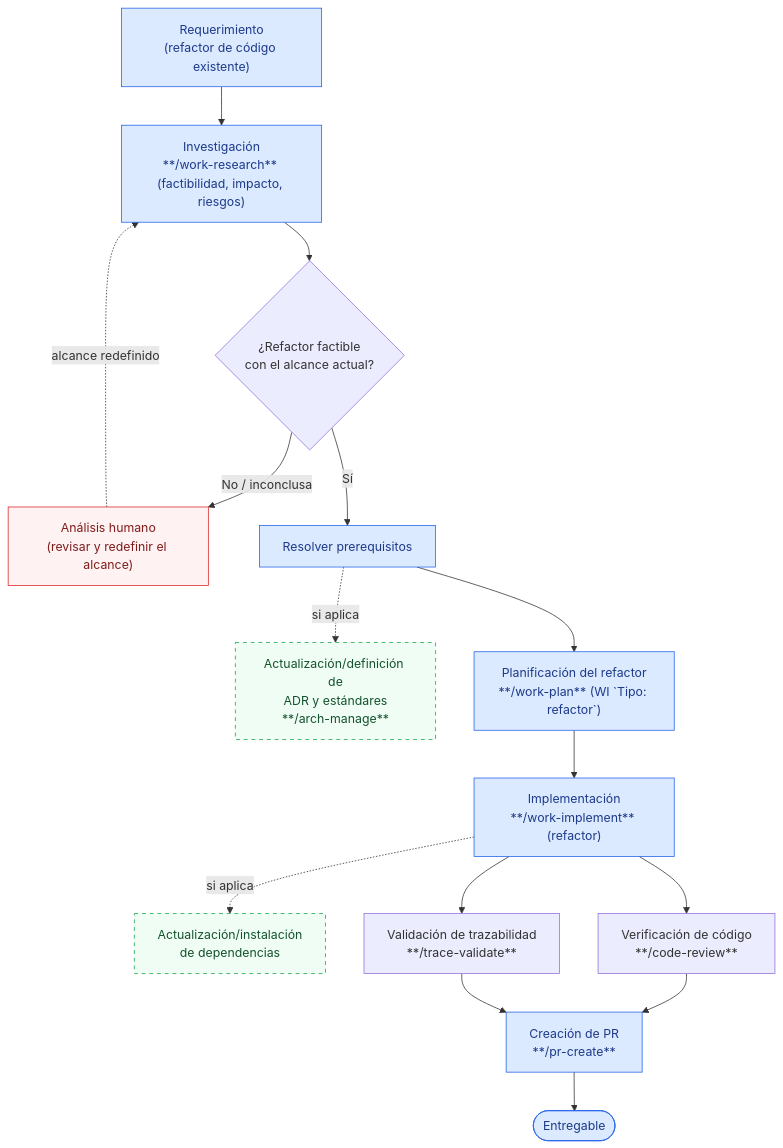
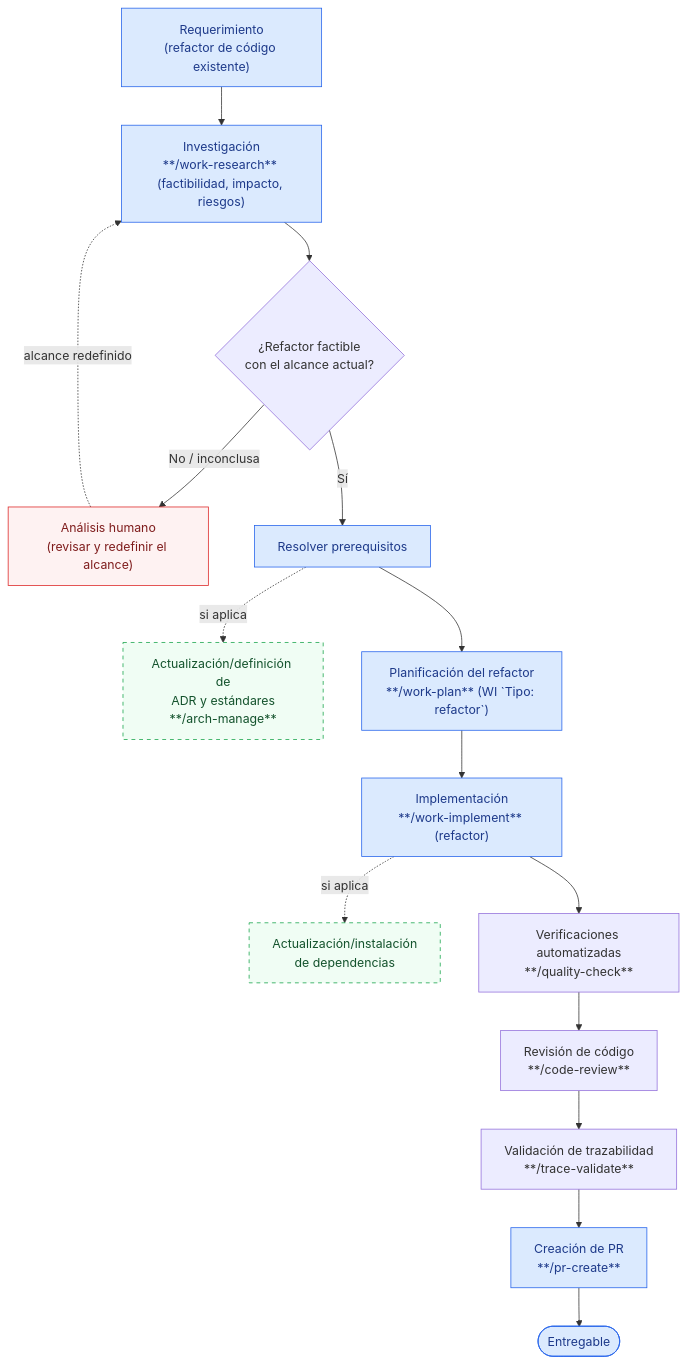
The diagram in docs/use-cases/refactor.md (juanca202/ai), drawn with Mermaid before and after one commit. The commit also changed other lines of this file and 29 other files, not shown here.

First line of the commit message:
feat: extract quality-check as standalone skill from code-review

````diff
--- a/docs/use-cases/refactor.md
+++ b/docs/use-cases/refactor.md
@@ -5,24 +5,24 @@
 ```mermaid
 flowchart TD
     A["Requerimiento<br/>(refactor de código existente)"] --> B["Investigación<br/>**/work-research** (factibilidad, impacto, riesgos)"]
     B --> C{"¿Refactor factible<br/>con el alcance actual?"}
     C -->|"No / inconclusa"| H["Análisis humano<br/>(revisar y redefinir el alcance)"]
     H -.->|"alcance redefinido"| B
     C -->|"Sí"| P["Resolver prerequisitos"]
     P -.->|"si aplica"| ADR["Actualización/definición de<br/>ADR y estándares<br/>**/arch-manage**"]
     P --> F["Planificación del refactor<br/>**/work-plan** (WI `Tipo: refactor`)"]
     F --> G["Implementación<br/>**/work-implement** (refactor)"]
     G -.->|"si aplica"| DEP["Actualización/instalación<br/>de dependencias"]
-    G --> Q1["Verificación de código<br/>**/code-review**"]
-    G --> Q2["Validación de trazabilidad<br/>**/trace-validate**"]
-    Q1 --> I["Creación de PR<br/>**/pr-create**"]
-    Q2 --> I
+    G --> Q0["Verificaciones automatizadas<br/>**/quality-check**"]
+    Q0 --> Q1["Revisión de código<br/>**/code-review**"]
+    Q1 --> Q2["Validación de trazabilidad<br/>**/trace-validate**"]
+    Q2 --> I["Creación de PR<br/>**/pr-create**"]
     I --> J(["Entregable"])
 
     classDef main fill:#dbeafe,stroke:#2563eb,color:#1e3a8a
     classDef human fill:#fef2f2,stroke:#dc2626,color:#7f1d1d
     classDef optional fill:#f0fdf4,stroke:#16a34a,stroke-dasharray:5 5,color:#14532d
     class A,B,P,F,G,I,J main
     class H human
     class ADR,DEP optional
 ```
````
